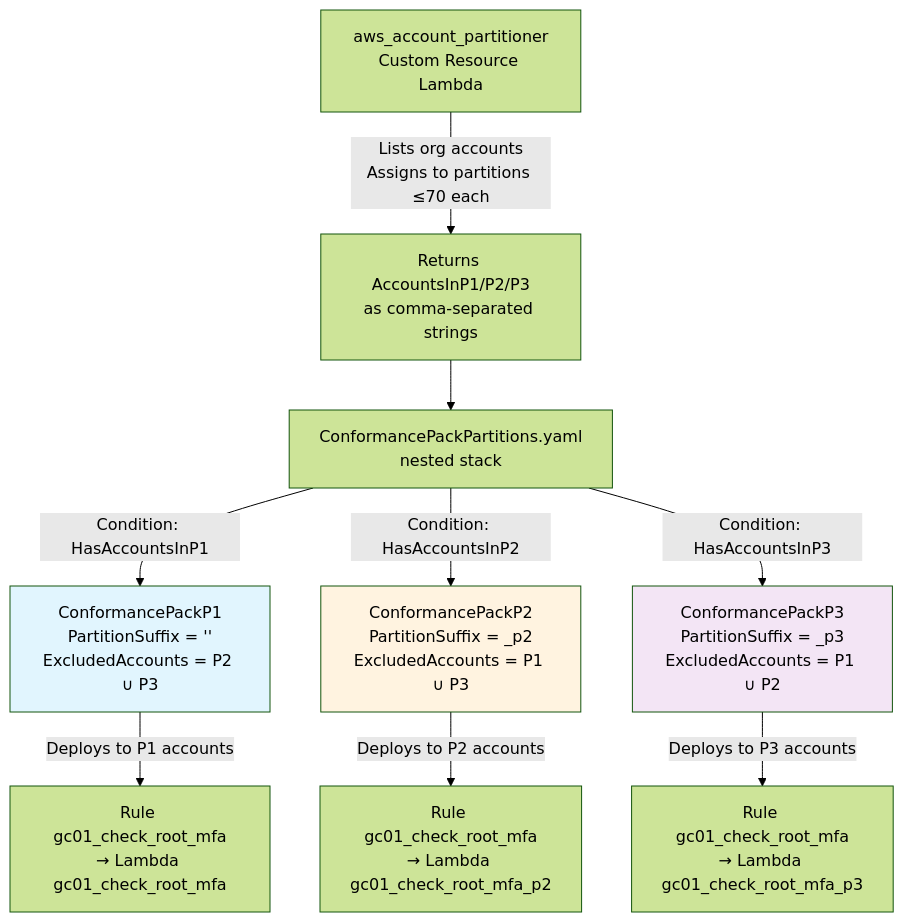
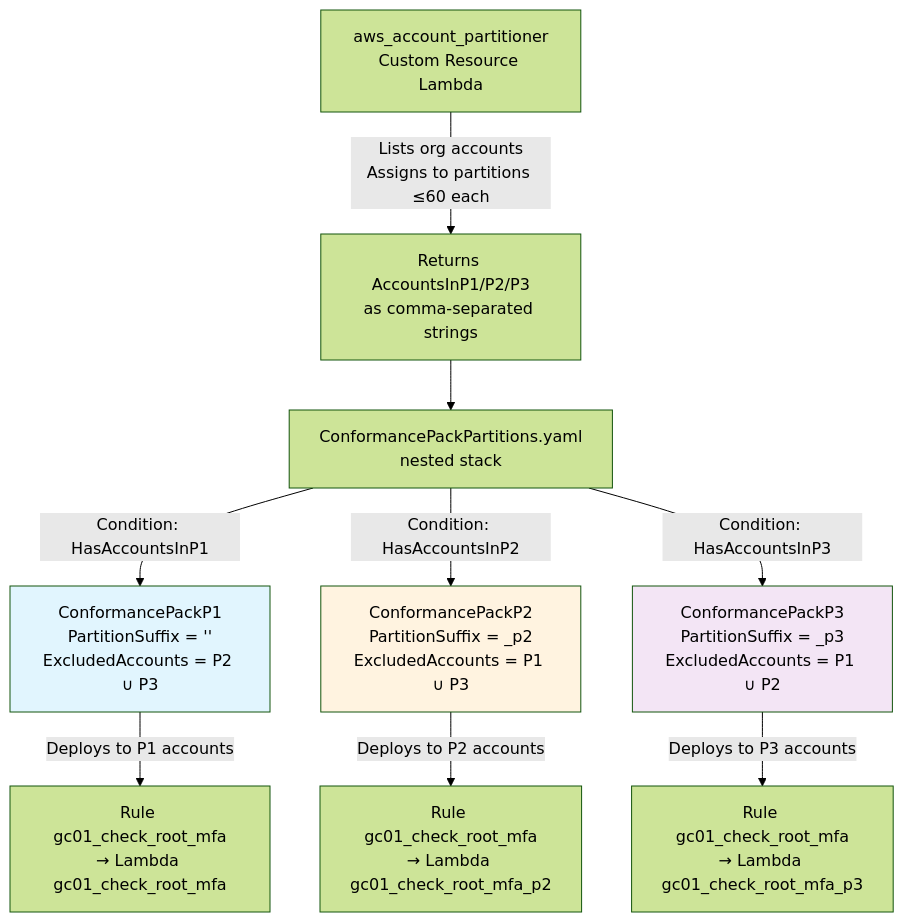
Before and after one commit to ssc-spc-ccoe-cei/aws-guardrails-cac-solution: the diagram in doc/CONFORMANCE_PACK_IMPLEMENTATION.md, drawn with Mermaid (forest theme). The commit also changed other lines of this file and 13 other files, not shown here.

````diff
--- a/doc/CONFORMANCE_PACK_IMPLEMENTATION.md
+++ b/doc/CONFORMANCE_PACK_IMPLEMENTATION.md
@@ -57,18 +57,18 @@
 ```mermaid
 flowchart TD
-    A[aws_account_partitioner<br/>Custom Resource Lambda] -->|Lists org accounts<br/>Assigns to partitions ≤70 each| B[Returns AccountsInP1/P2/P3<br/>as comma-separated strings]
+    A[aws_account_partitioner<br/>Custom Resource Lambda] -->|Lists org accounts<br/>Assigns to partitions ≤60 each| B[Returns AccountsInP1/P2/P3<br/>as comma-separated strings]
 
     B --> N[ConformancePackPartitions.yaml<br/>nested stack]
 
     N -->|Condition: HasAccountsInP1| C1[ConformancePackP1<br/>PartitionSuffix = ''<br/>ExcludedAccounts = P2 ∪ P3]
     N -->|Condition: HasAccountsInP2| C2[ConformancePackP2<br/>PartitionSuffix = _p2<br/>ExcludedAccounts = P1 ∪ P3]
     N -->|Condition: HasAccountsInP3| C3[ConformancePackP3<br/>PartitionSuffix = _p3<br/>ExcludedAccounts = P1 ∪ P2]
 
     C1 -->|Deploys to P1 accounts| D1[Rule gc01_check_root_mfa<br/>→ Lambda gc01_check_root_mfa]
     C2 -->|Deploys to P2 accounts| D2[Rule gc01_check_root_mfa<br/>→ Lambda gc01_check_root_mfa_p2]
     C3 -->|Deploys to P3 accounts| D3[Rule gc01_check_root_mfa<br/>→ Lambda gc01_check_root_mfa_p3]
 
     style C1 fill:#e1f5fe
     style C2 fill:#fff3e0
     style C3 fill:#f3e5f5
 ```
````
